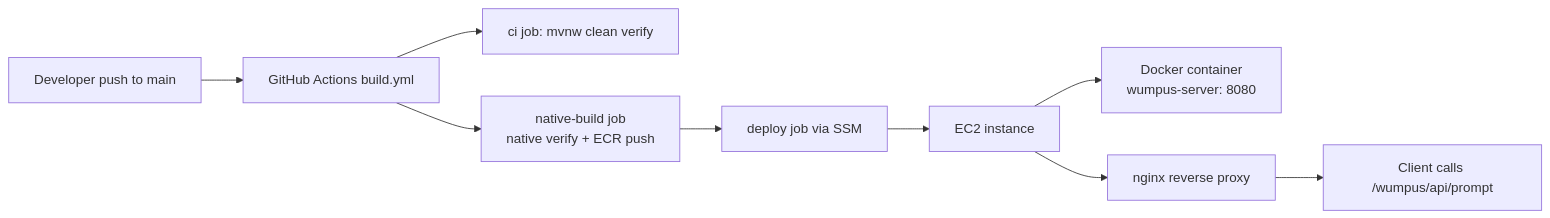
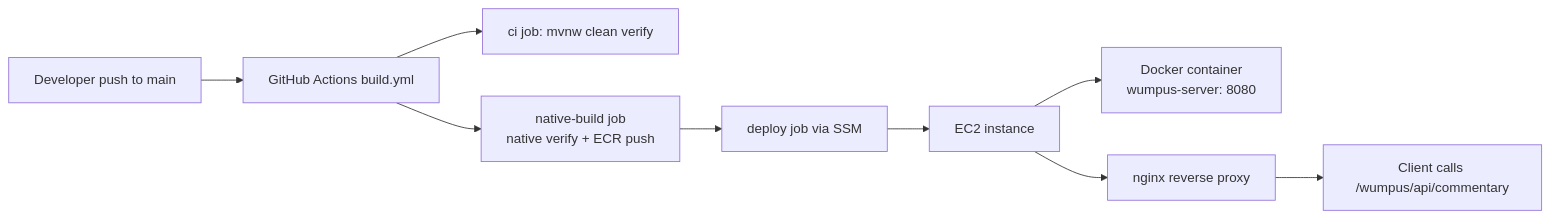
One commit to steven-ww/Wumpus-server changed the diagram in DEPLOYMENT_ARCHITECTURE.md. Above: the diagram before and after it, drawn with Mermaid. The commit also changed other lines of this file and 13 other files, not shown here.

First line of the commit message:
Retire prompt endpoint and standardize on commentary API

````diff
--- a/DEPLOYMENT_ARCHITECTURE.md
+++ b/DEPLOYMENT_ARCHITECTURE.md
@@ -6,11 +6,11 @@
 ```mermaid
 flowchart LR
   Dev[Developer push to main] --> GH[GitHub Actions build.yml]
   GH --> CI[ci job: mvnw clean verify]
   GH --> NB[native-build job<br/>native verify + ECR push]
   NB --> DEP[deploy job via SSM]
   DEP --> EC2[EC2 instance]
   EC2 --> DOCKER[Docker container<br/>wumpus-server: 8080]
   EC2 --> NGINX[nginx reverse proxy]
-  NGINX --> CLIENT[Client calls /wumpus/api/prompt]
+  NGINX --> CLIENT[Client calls /wumpus/api/commentary]
 ```
````
